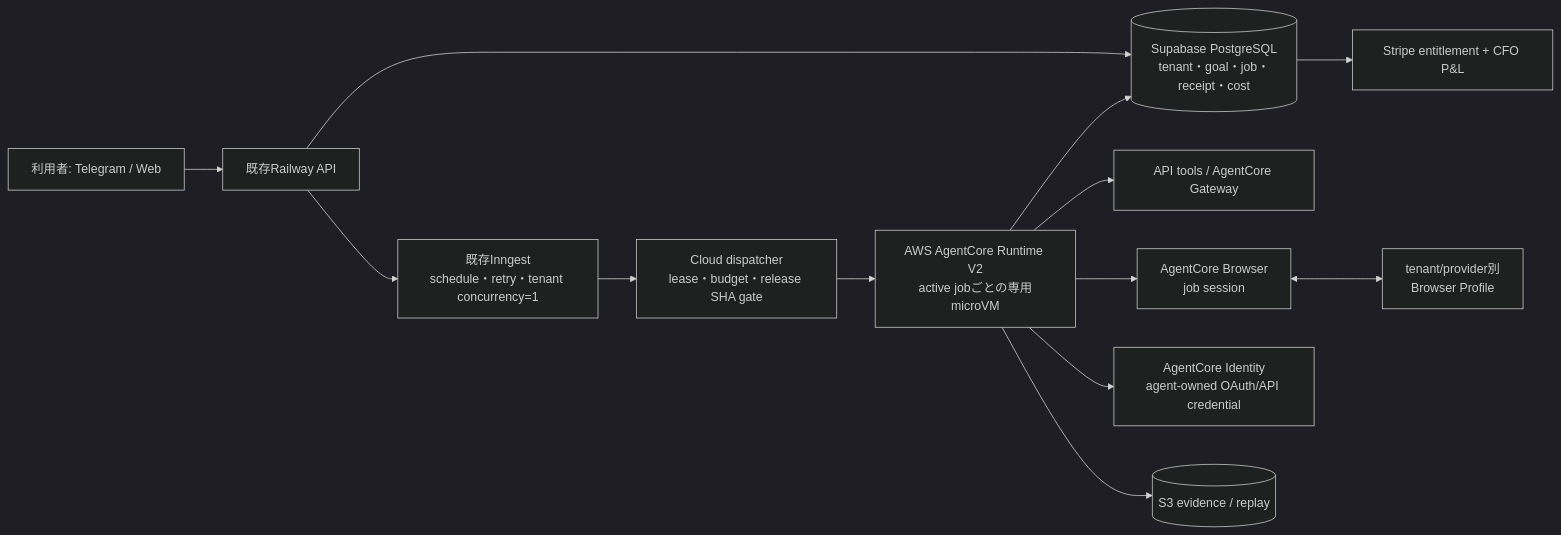
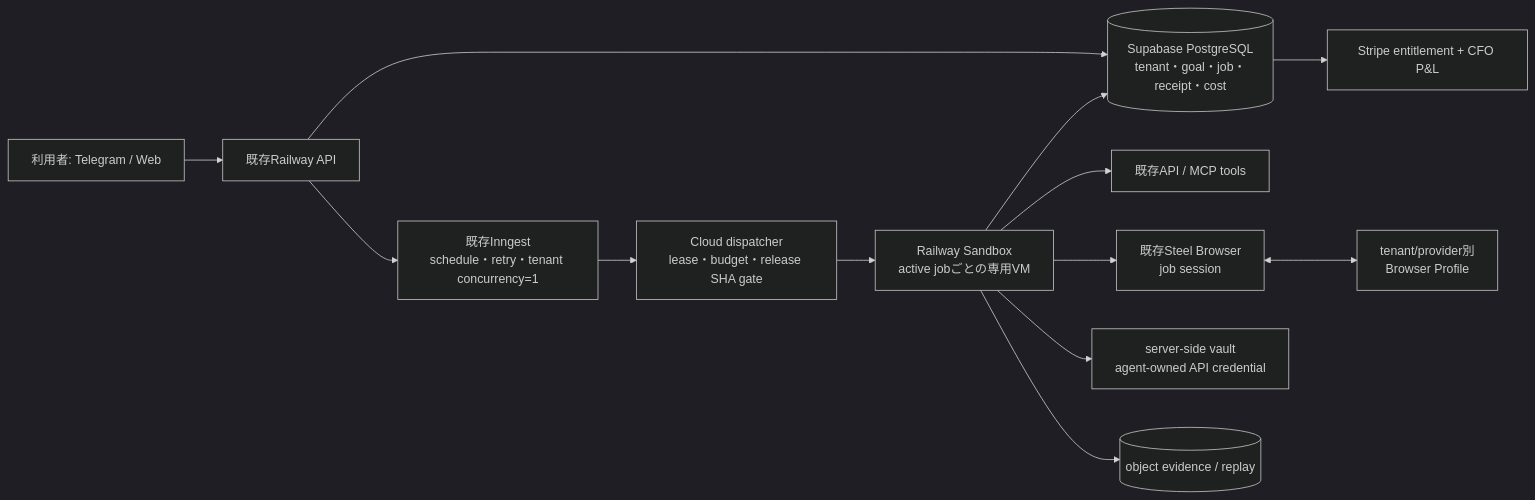
One commit to Daisuke134/life-manager changed the second of 2 diagrams in docs/superpowers/specs/2026-09-28-life-manager-agentcore-cloud-design.md. Above: the diagram before and after it, drawn with Mermaid (dark theme). The commit also changed other lines of this file and 1 other file, not shown here.

Commit message:
docs(cloud): choose immediate runtime canary path

````diff
--- a/docs/superpowers/specs/2026-09-28-life-manager-agentcore-cloud-design.md
+++ b/docs/superpowers/specs/2026-09-28-life-manager-agentcore-cloud-design.md
@@ -78,15 +79,15 @@
 ```mermaid
 flowchart LR
   U[利用者: Telegram / Web] --> API[既存Railway API]
   API --> PG[(Supabase PostgreSQL<br/>tenant・goal・job・receipt・cost)]
   API --> Q[既存Inngest<br/>schedule・retry・tenant concurrency=1]
   Q --> D[Cloud dispatcher<br/>lease・budget・release SHA gate]
-  D --> R[AWS AgentCore Runtime V2<br/>active jobごとの専用microVM]
-  R --> G[API tools / AgentCore Gateway]
-  R --> B[AgentCore Browser<br/>job session]
+  D --> R[Railway Sandbox<br/>active jobごとの専用VM]
+  R --> G[既存API / MCP tools]
+  R --> B[既存Steel Browser<br/>job session]
   B <--> P[tenant/provider別<br/>Browser Profile]
-  R --> I[AgentCore Identity<br/>agent-owned OAuth/API credential]
-  R --> E[(S3 evidence / replay)]
+  R --> I[server-side vault<br/>agent-owned API credential]
+  R --> E[(object evidence / replay)]
   R --> PG
   PG --> S[Stripe entitlement + CFO P&L]
 ```
````
